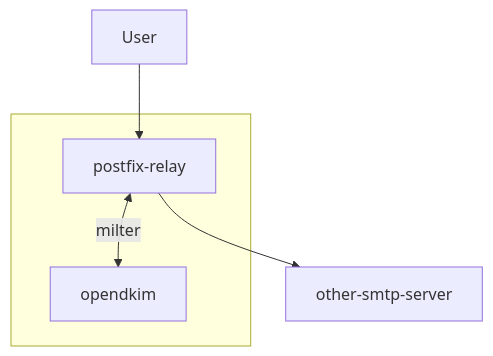
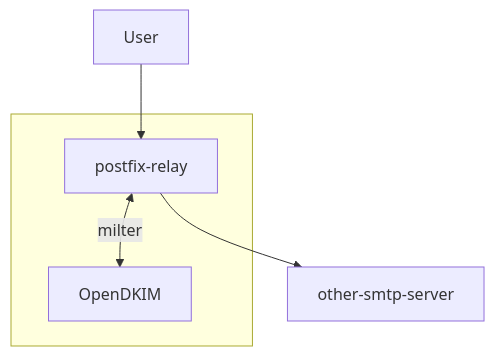
Before and after one commit to canonical/opendkim-operator: the diagram in docs/explanation/charm-architecture.md, drawn with Mermaid. The commit also changed other lines of this file and 2 other files, not shown here.

Commit message:
suggestions from code review

````diff
--- a/docs/explanation/charm-architecture.md
+++ b/docs/explanation/charm-architecture.md
@@ -24,8 +24,8 @@
 ```mermaid
 graph TD;
     user[User] --> posfix-relay[postfix-relay];
     subgraph " "
-	    posfix-relay[postfix-relay] <-->|milter| opendkim
+	    posfix-relay[postfix-relay] <-->|milter| OpenDKIM
     end;
     posfix-relay[postfix-relay] --> other-smtp-server
 ```
````
